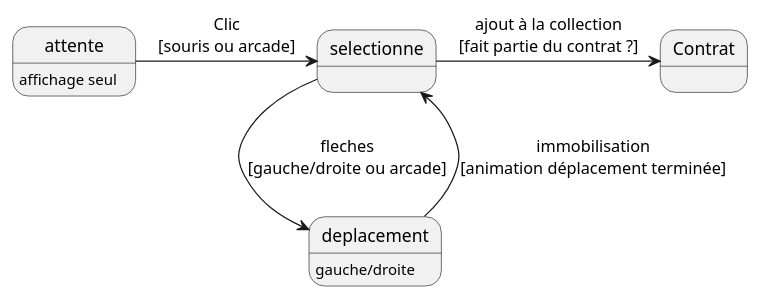
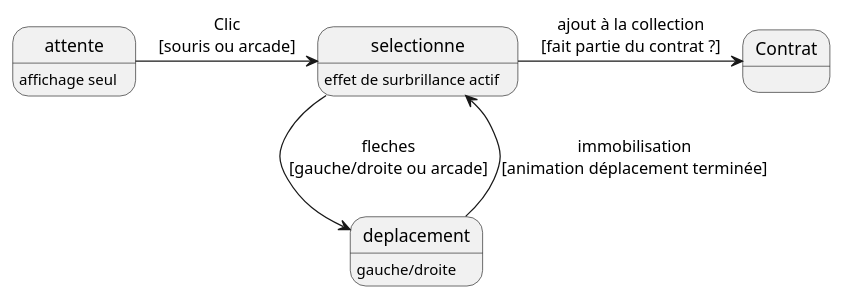
One commit to MaiveCL/Projet_session_JV changed the diagram in docs/uml/stateDiagram.puml. Above: the diagram before and after it, drawn with PlantUML.

Commit message:
test d'affichage plant uml v4, essaie 2

```diff
--- a/docs/uml/stateDiagram.puml
+++ b/docs/uml/stateDiagram.puml
@@ -1,11 +1,11 @@
 @startuml "État des bandes"
 state attente : affichage seul
-state selectionne
+state selectionne : effet de surbrillance actif
 state deplacement : gauche/droite
 state Contrat
 
 attente -> selectionne : Clic\n[souris ou arcade]
 selectionne -> deplacement : fleches\n[gauche/droite ou arcade]
 deplacement --> selectionne :immobilisation\n[animation déplacement terminée]
 selectionne -> Contrat :ajout à la collection\n[fait partie du contrat ?]
 @enduml
```
